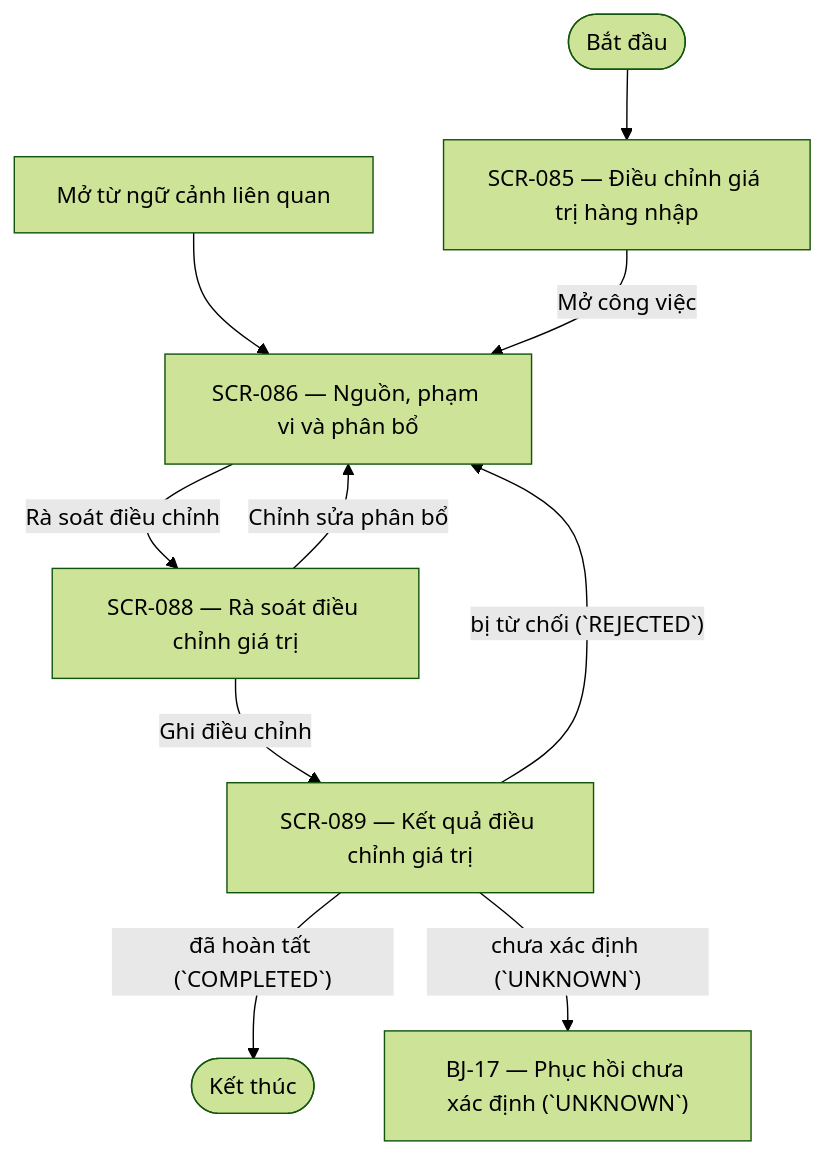
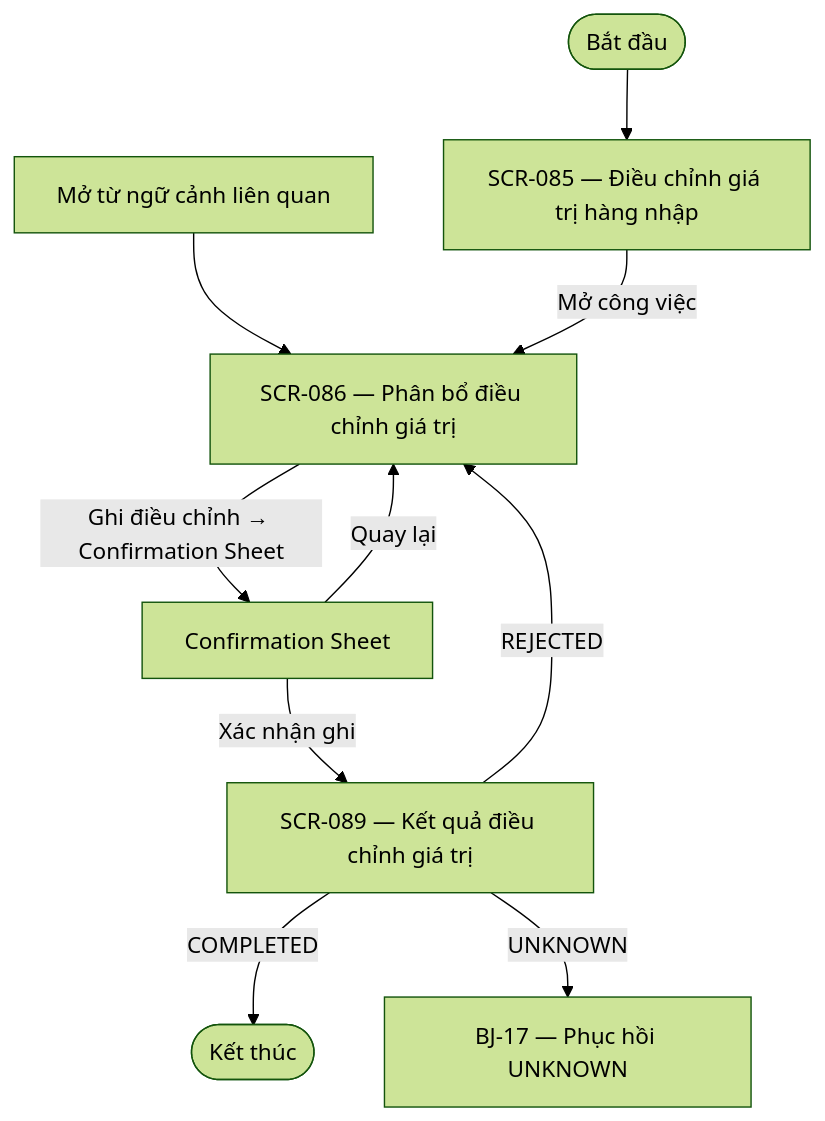
Before and after one commit to DsChien102/erp-sales-inventory: the diagram in specs/themes/theme-07/03.design/flows/UIF-13-BJ-13.md, drawn with Mermaid (forest theme). The commit also changed other lines of this file and 3179 other files, not shown here.

````diff
--- a/specs/themes/theme-07/03.design/flows/UIF-13-BJ-13.md
+++ b/specs/themes/theme-07/03.design/flows/UIF-13-BJ-13.md
@@ -37,20 +31,12 @@
 ```mermaid
 flowchart TD
-    BEGIN(["Bắt đầu"])
-    SCR_085["SCR-085 — Điều chỉnh giá trị hàng nhập"]
-    CONTEXT["Mở từ ngữ cảnh liên quan"]
-    SCR_086["SCR-086 — Nguồn, phạm vi và phân bổ"]
-    SCR_088["SCR-088 — Rà soát điều chỉnh giá trị"]
-    SCR_089["SCR-089 — Kết quả điều chỉnh giá trị"]
-    END(["Kết thúc"])
-    BJ_17["BJ-17 — Phục hồi chưa xác định (`UNKNOWN`)"]
-    BEGIN --> SCR_085
-    CONTEXT --> SCR_086
-    SCR_085 -->|"Mở công việc"| SCR_086
-    SCR_086 -->|"Rà soát điều chỉnh"| SCR_088
-    SCR_088 -->|"Chỉnh sửa phân bổ"| SCR_086
-    SCR_088 -->|"Ghi điều chỉnh"| SCR_089
-    SCR_089 -->|"đã hoàn tất (`COMPLETED`)"| END
-    SCR_089 -->|"bị từ chối (`REJECTED`)"| SCR_086
-    SCR_089 -->|"chưa xác định (`UNKNOWN`)"| BJ_17
+    BEGIN([Bắt đầu]) --> SCR085[SCR-085 — Điều chỉnh giá trị hàng nhập]
+    CONTEXT[Mở từ ngữ cảnh liên quan] --> SCR086[SCR-086 — Phân bổ điều chỉnh giá trị]
+    SCR085 -->|Mở công việc| SCR086
+    SCR086 -->|Ghi điều chỉnh → Confirmation Sheet| CONFIRM[Confirmation Sheet]
+    CONFIRM -->|Quay lại| SCR086
+    CONFIRM -->|Xác nhận ghi| SCR089[SCR-089 — Kết quả điều chỉnh giá trị]
+    SCR089 -->|COMPLETED| END([Kết thúc])
+    SCR089 -->|REJECTED| SCR086
+    SCR089 -->|UNKNOWN| BJ17[BJ-17 — Phục hồi UNKNOWN]
 ```
````
